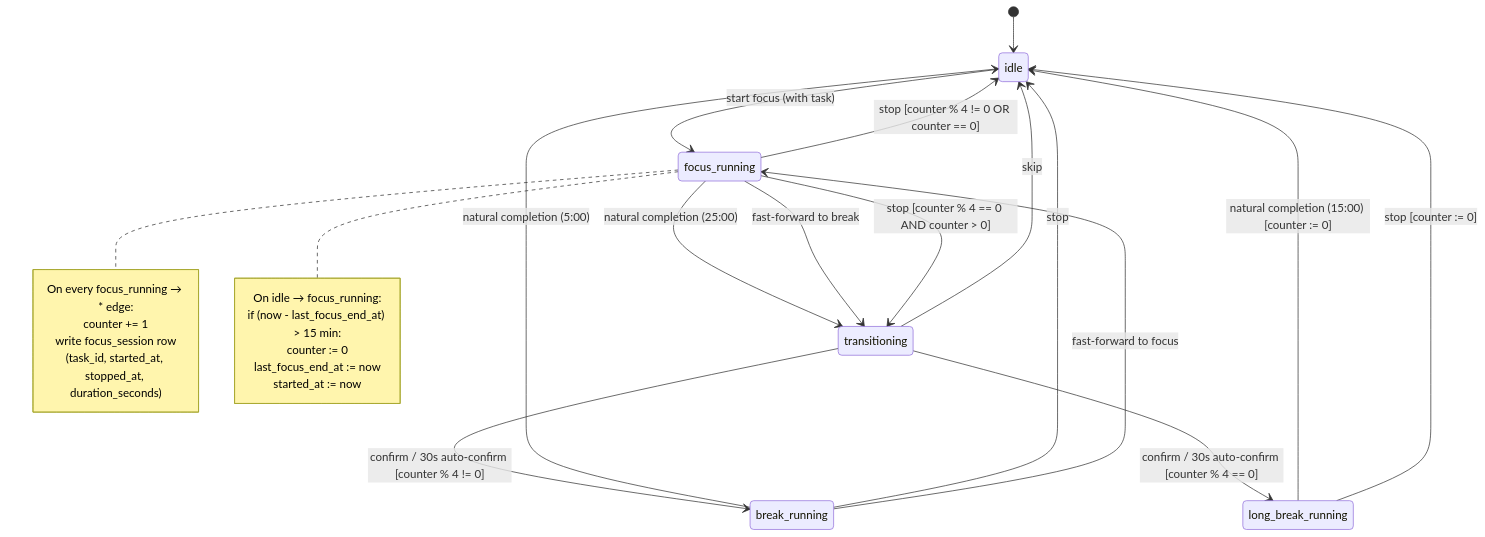
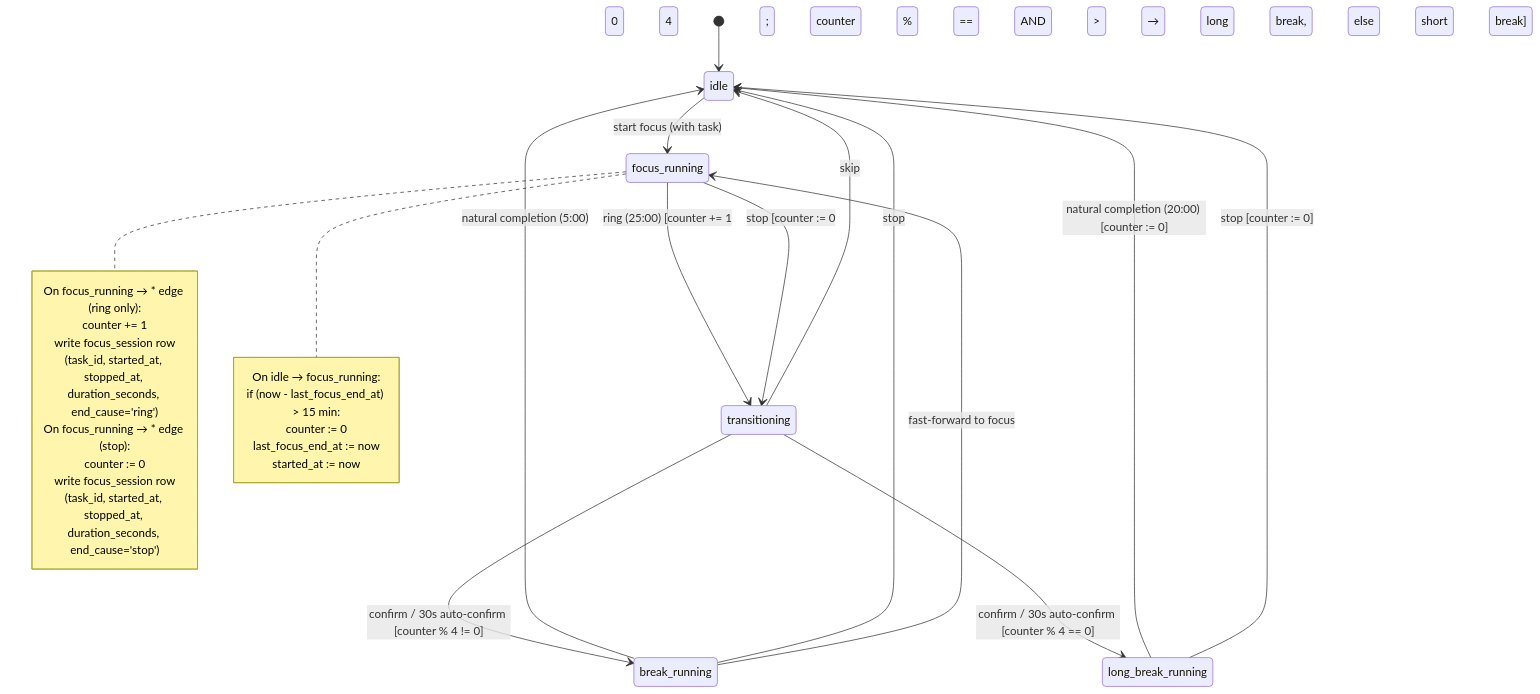
One commit to edrobertsrayne/main changed the diagram in docs/adr/0001-timer-state-machine.md. Above: the diagram before and after it, drawn with Mermaid. The commit also changed other lines of this file and 1 other file, not shown here.

Commit message:
ADR 0001: stop resets cycle counter; fast-forward-to-break dissolved (#12)

````diff
--- a/docs/adr/0001-timer-state-machine.md
+++ b/docs/adr/0001-timer-state-machine.md
@@ -66,37 +69,39 @@
 ```mermaid
 stateDiagram-v2
     [*] --> idle
 
     idle --> focus_running: start focus (with task)
 
-    focus_running --> transitioning: natural completion (25:00)
-    focus_running --> transitioning: fast-forward to break
-    focus_running --> transitioning: stop [counter % 4 == 0 AND counter > 0]
-    focus_running --> idle: stop [counter % 4 != 0 OR counter == 0]
+    focus_running --> transitioning: ring (25:00) [counter += 1; counter % 4 == 0 AND counter > 0 → long break, else short break]
+    focus_running --> transitioning: stop [counter := 0; short break]
 
     transitioning --> break_running: confirm / 30s auto-confirm [counter % 4 != 0]
     transitioning --> long_break_running: confirm / 30s auto-confirm [counter % 4 == 0]
     transitioning --> idle: skip
 
     break_running --> idle: natural completion (5:00)
     break_running --> idle: stop
     break_running --> focus_running: fast-forward to focus
 
-    long_break_running --> idle: natural completion (15:00) [counter := 0]
+    long_break_running --> idle: natural completion (20:00) [counter := 0]
     long_break_running --> idle: stop [counter := 0]
 
     note right of focus_running
-      On every focus_running → * edge:
+      On focus_running → * edge (ring only):
         counter += 1
         write focus_session row
-        (task_id, started_at, stopped_at, duration_seconds)
+        (task_id, started_at, stopped_at, duration_seconds, end_cause='ring')
+      On focus_running → * edge (stop):
+        counter := 0
+        write focus_session row
+        (task_id, started_at, stopped_at, duration_seconds, end_cause='stop')
     end note
 
     note right of focus_running
       On idle → focus_running:
         if (now - last_focus_end_at) > 15 min:
           counter := 0
         last_focus_end_at := now
         started_at := now
     end note
 ```
````
